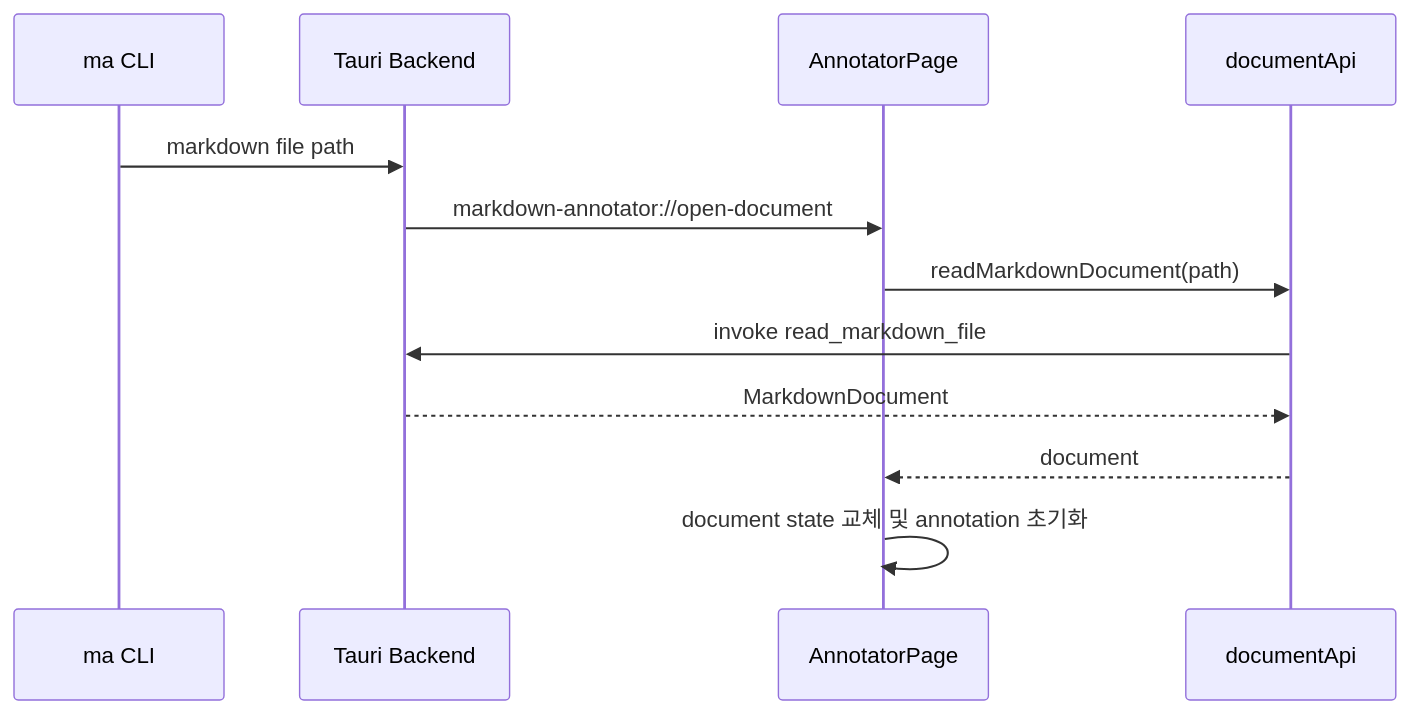
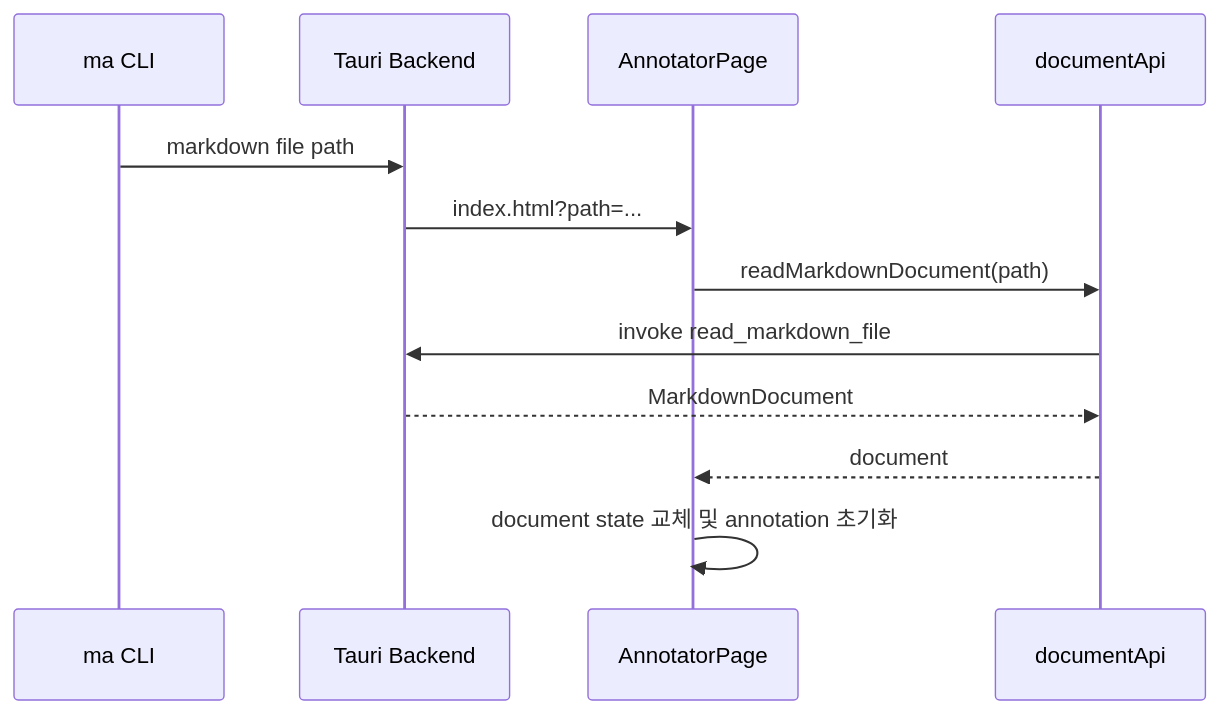
Before and after one commit to yoophi/markdown-annotator: the fourth of 4 diagrams in docs/cli-open-markdown-plan.md, drawn with Mermaid. The commit also changed other lines of this file and 7 other files, not shown here.

````diff
--- a/docs/cli-open-markdown-plan.md
+++ b/docs/cli-open-markdown-plan.md
@@ -189,15 +188,15 @@
 ```mermaid
 sequenceDiagram
     participant CLI as ma CLI
     participant Tauri as Tauri Backend
     participant Page as AnnotatorPage
     participant API as documentApi
 
     CLI->>Tauri: markdown file path
-    Tauri->>Page: markdown-annotator://open-document
+    Tauri->>Page: index.html?path=...
     Page->>API: readMarkdownDocument(path)
     API->>Tauri: invoke read_markdown_file
     Tauri-->>API: MarkdownDocument
     API-->>Page: document
     Page->>Page: document state 교체 및 annotation 초기화
 ```
````
